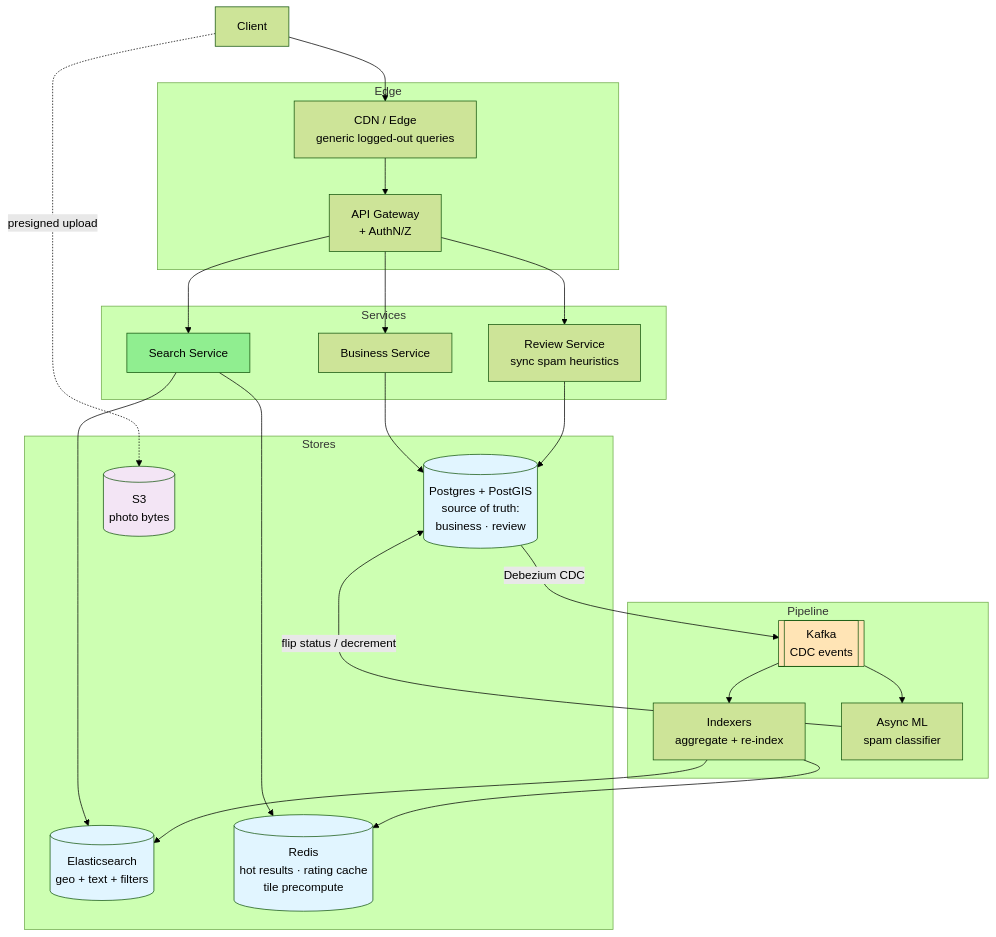
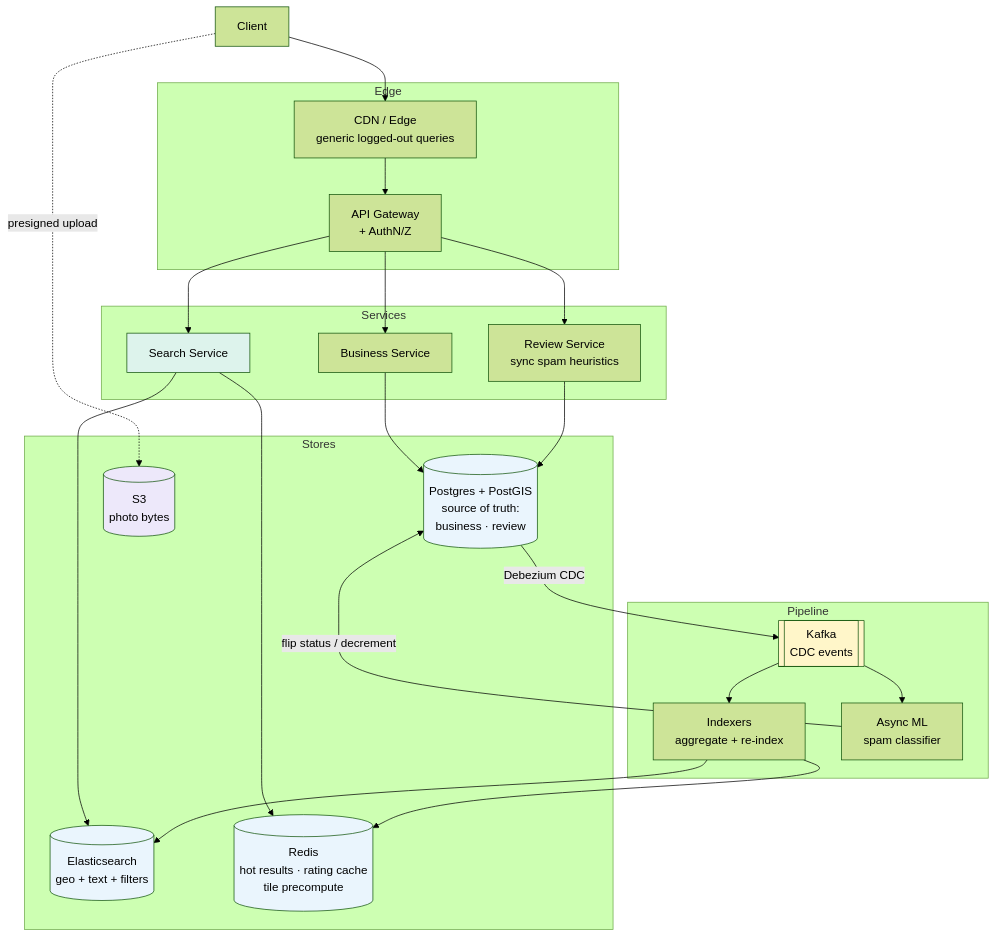
Before and after one commit to cartmancodes/InterviewVault: the first of 7 diagrams in LLD/questions/Design Yelp.md, drawn with Mermaid (forest theme). The commit also changed other lines of this file and 679 other files, not shown here.

Commit message:
Unify content diagrams and add accessible visual walkthroughs

````diff
--- a/LLD/questions/Design Yelp.md
+++ b/LLD/questions/Design Yelp.md
@@ -135,51 +135,51 @@
 ```mermaid
 graph TB
     Client[Client]
 
     subgraph Edge
         CDN[CDN / Edge<br/>generic logged-out queries]
         GW[API Gateway<br/>+ AuthN/Z]
     end
 
     subgraph Services
         SS[Search Service]
         BS[Business Service]
         RVS[Review Service<br/>sync spam heuristics]
     end
 
     subgraph Stores
         ES[(Elasticsearch<br/>geo + text + filters)]
         PG[(Postgres + PostGIS<br/>source of truth:<br/>business · review)]
         REDIS[(Redis<br/>hot results · rating cache<br/>tile precompute)]
         S3[(S3<br/>photo bytes)]
     end
 
     subgraph Pipeline
         KAFKA[[Kafka<br/>CDC events]]
         IDX[Indexers<br/>aggregate + re-index]
         ML[Async ML<br/>spam classifier]
     end
 
     Client --> CDN --> GW
     GW --> SS
     GW --> BS
     GW --> RVS
     SS --> REDIS
     SS --> ES
     BS --> PG
     RVS --> PG
     Client -.presigned upload.-> S3
     PG -->|Debezium CDC| KAFKA
     KAFKA --> IDX
     IDX --> ES
     IDX --> REDIS
     KAFKA --> ML
     ML -->|flip status / decrement| PG
 
-    style REDIS fill:#e1f5ff
-    style ES fill:#e1f5ff
-    style PG fill:#e1f5ff
-    style S3 fill:#f3e5f5
-    style KAFKA fill:#FFE4B5
-    style SS fill:#90EE90
+    style REDIS fill:#EAF5FD
+    style ES fill:#EAF5FD
+    style PG fill:#EAF5FD
+    style S3 fill:#EDE8FA
+    style KAFKA fill:#FFF6C9
+    style SS fill:#DDF3EC
 ```
````
